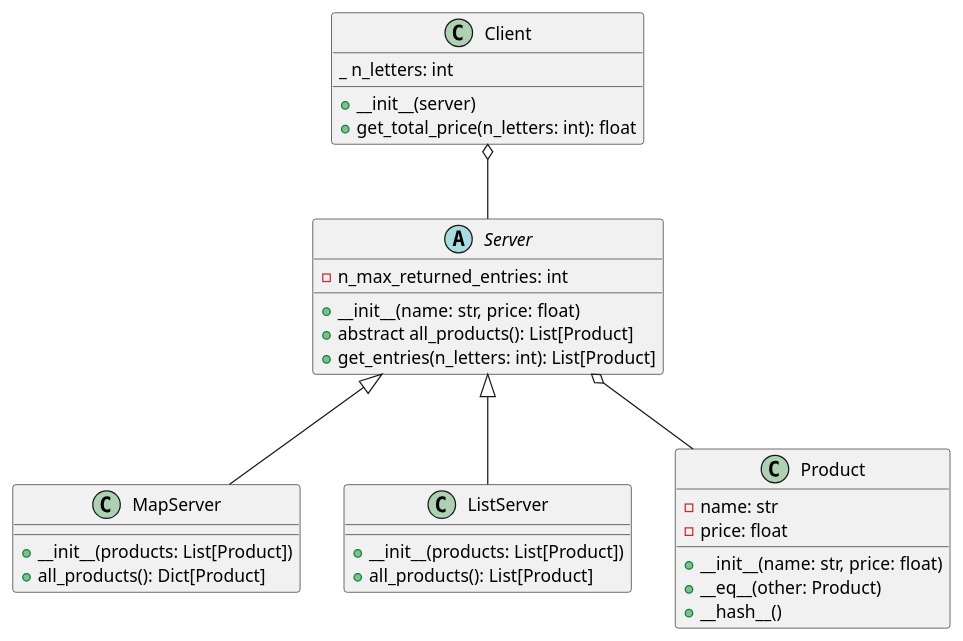
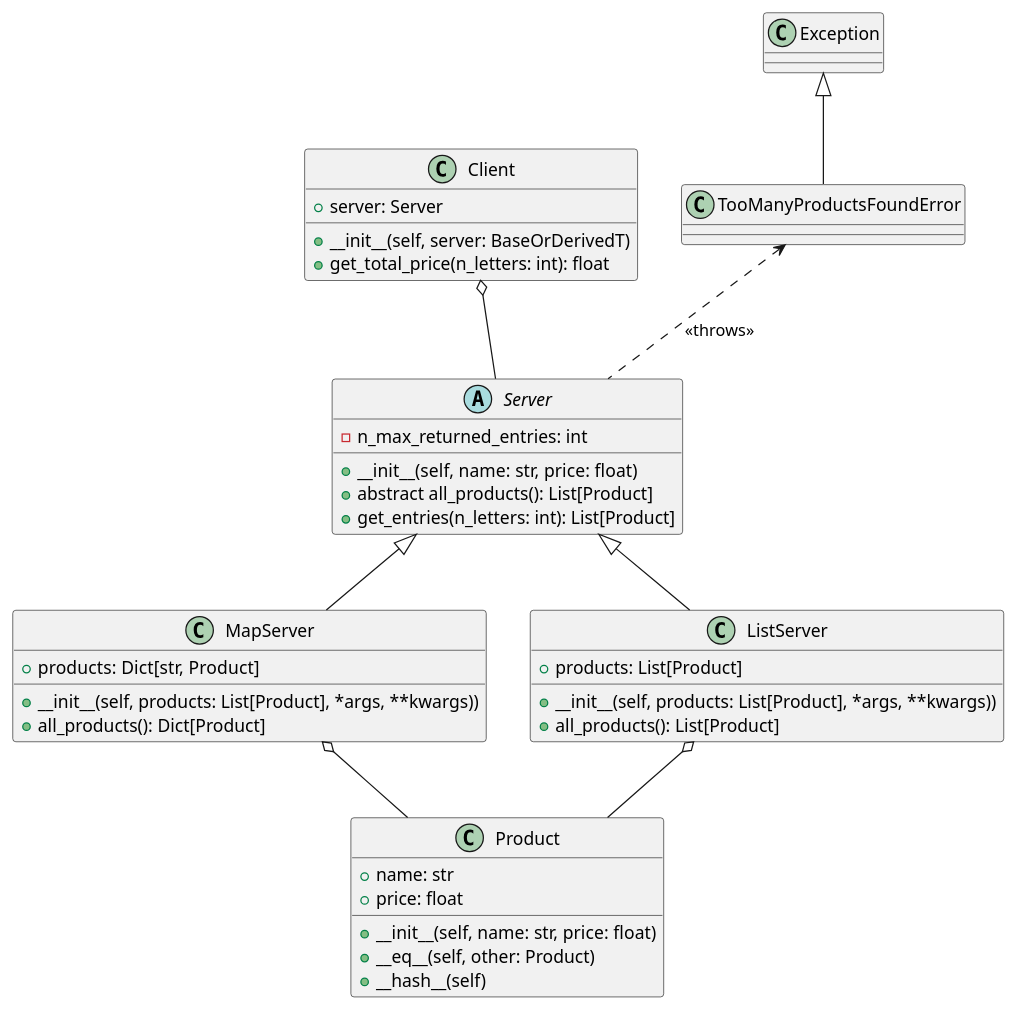
The diagram in README.md (rafalmaciasz/ProjectZPO), drawn with PlantUML before and after one commit.

```diff
--- a/README.md
+++ b/README.md
@@ -2,37 +2,49 @@
 @startuml
-abstract class Server {
-    - n_max_returned_entries: int
-    + __init__(name: str, price: float)
-    + abstract all_products(): List[Product]
-    + get_entries(n_letters: int): List[Product]
+abstract class Server { 
+    - n_max_returned_entries: int 
+    + __init__(self, name: str, price: float) 
+    + abstract all_products(): List[Product] 
+    + get_entries(n_letters: int): List[Product] 
 }
 
-class MapServer {
-    + __init__(products: List[Product])
-    + all_products(): Dict[Product]
+class MapServer { 
+    + __init__(self, products: List[Product], *args, **kwargs)) 
+    + all_products(): Dict[Product] 
+    + products: Dict[str, Product]
 }
 
-class ListServer {
-    + __init__(products: List[Product])
-    + all_products(): List[Product]
+class ListServer { 
+    + __init__(self, products: List[Product], *args, **kwargs)) 
+    + all_products(): List[Product] 
+    + products: List[Product]
 }
 
-class Client {
-    + __init__(server)
-    + get_total_price(n_letters: int): float
-    _ n_letters: int
+class Client { 
+    + __init__(self, server: BaseOrDerivedT) 
+    + get_total_price(n_letters: int): float  
+    + server: Server
 }
 
-class Product {
-    - name: str
-    - price: float
-    + __init__(name: str, price: float)
-    + __eq__(other: Product)
-    + __hash__()
+class Product { 
+    + name: str 
+    + price: float 
+    + __init__(self, name: str, price: float) 
+    + __eq__(self, other: Product) 
+    + __hash__(self) 
 }
 
-Server <|-- ListServer
-Server <|-- MapServer
-Client o-- Server
-Server o-- Product
+class Exception {
+}
+
+class TooManyProductsFoundError {
+}
+
+Server <|-- ListServer 
+Server <|-- MapServer 
+Client o-- Server 
+MapServer o-- Product 
+ListServer o-- Product
+Exception <|-- TooManyProductsFoundError
+TooManyProductsFoundError <.. Server : "<< throws >>"
+
 @enduml
```
